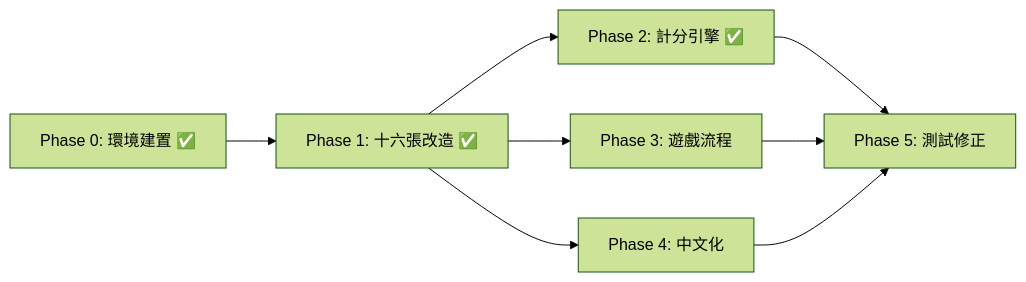
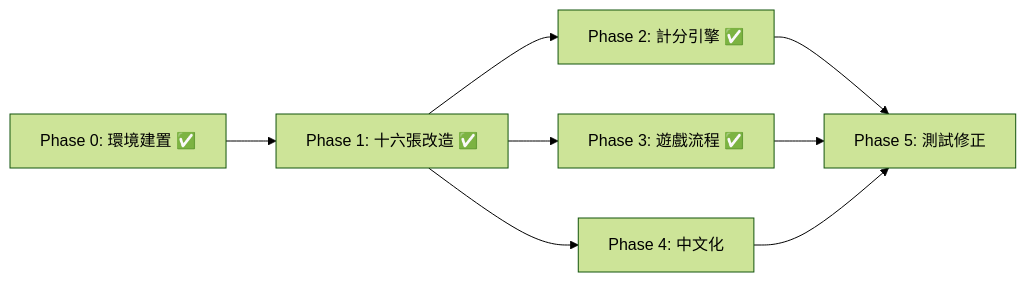
Before and after one commit to chymmike/majiang-taiwan: the diagram in DEVPLAN.md, drawn with Mermaid (forest theme). The commit also changed other lines of this file, not shown here.

Commit message:
docs: update DEVPLAN.md with Phase 3 completion

````diff
--- a/DEVPLAN.md
+++ b/DEVPLAN.md
@@ -163,10 +152,10 @@
 ```mermaid
 graph LR
     P0[Phase 0: 環境建置 ✅] --> P1[Phase 1: 十六張改造 ✅]
     P1 --> P2[Phase 2: 計分引擎 ✅]
-    P1 --> P3[Phase 3: 遊戲流程]
+    P1 --> P3[Phase 3: 遊戲流程 ✅]
     P2 --> P5[Phase 5: 測試修正]
     P3 --> P5
     P1 --> P4[Phase 4: 中文化]
     P4 --> P5
 ```
````
